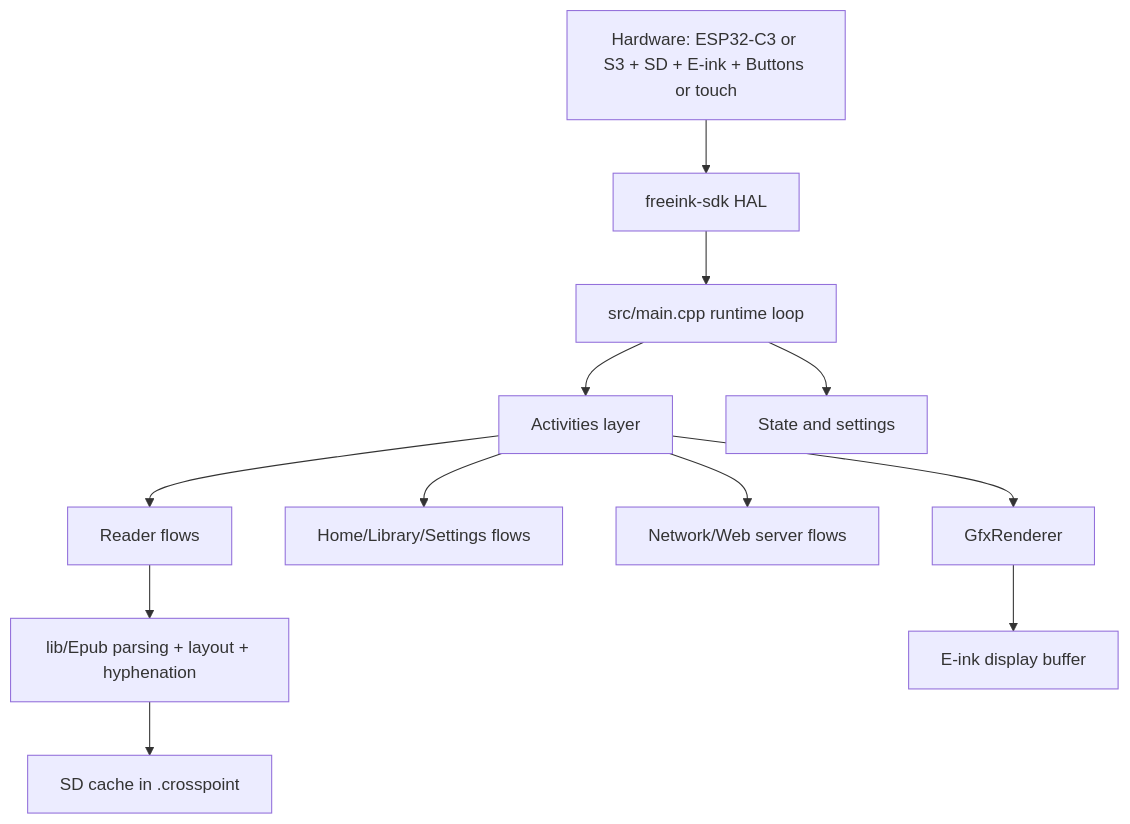
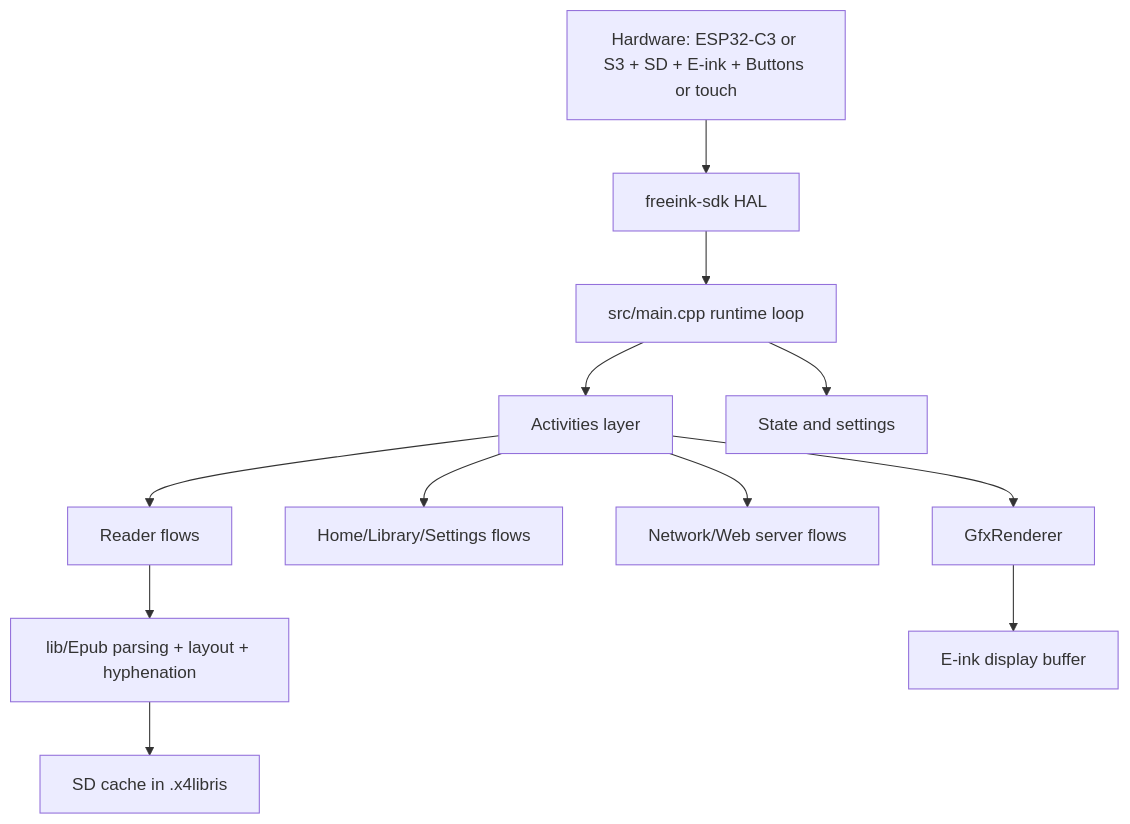
Before and after one commit to NikolayNR70/X4Libris-X4Pro: the first of 4 diagrams in docs/contributing/architecture.md, drawn with Mermaid. The commit also changed other lines of this file and 78 other files, not shown here.

````diff
--- a/docs/contributing/architecture.md
+++ b/docs/contributing/architecture.md
@@ -15,14 +15,14 @@
 ```mermaid
 graph TD
     A[Hardware: ESP32-C3 or S3 + SD + E-ink + Buttons or touch] --> B[freeink-sdk HAL]
     B --> C[src/main.cpp runtime loop]
     C --> D[Activities layer]
     C --> E[State and settings]
     D --> F[Reader flows]
     D --> G[Home/Library/Settings flows]
     D --> H[Network/Web server flows]
     F --> I[lib/Epub parsing + layout + hyphenation]
-    I --> J[SD cache in .crosspoint]
+    I --> J[SD cache in .x4libris]
     D --> K[GfxRenderer]
     K --> L[E-ink display buffer]
 ```
````
